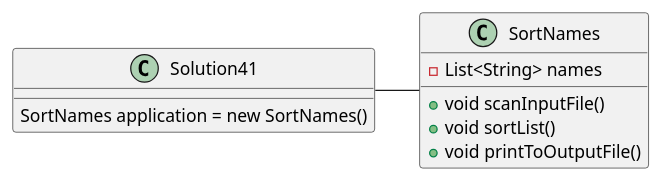
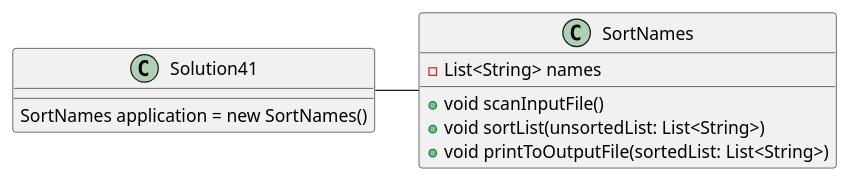
One commit to Reynaldo-Martinez2021/martinez-a04 changed the diagram in exercise41/docs/exercise41.puml. Above: the diagram before and after it, drawn with PlantUML. The commit also changed 5 other files, not shown here.

```diff
--- a/exercise41/docs/exercise41.puml
+++ b/exercise41/docs/exercise41.puml
@@ -1,17 +1,17 @@
 @startuml
 'https://plantuml.com/class-diagram
 
 class Solution41{
 SortNames application = new SortNames()
 }
 
 class SortNames {
 -List<String> names
 +void scanInputFile()
-+void sortList()
-+void printToOutputFile()
++void sortList(unsortedList: List<String>)
++void printToOutputFile(sortedList: List<String>)
 }
 
 Solution41 - SortNames
 
 @enduml
```
